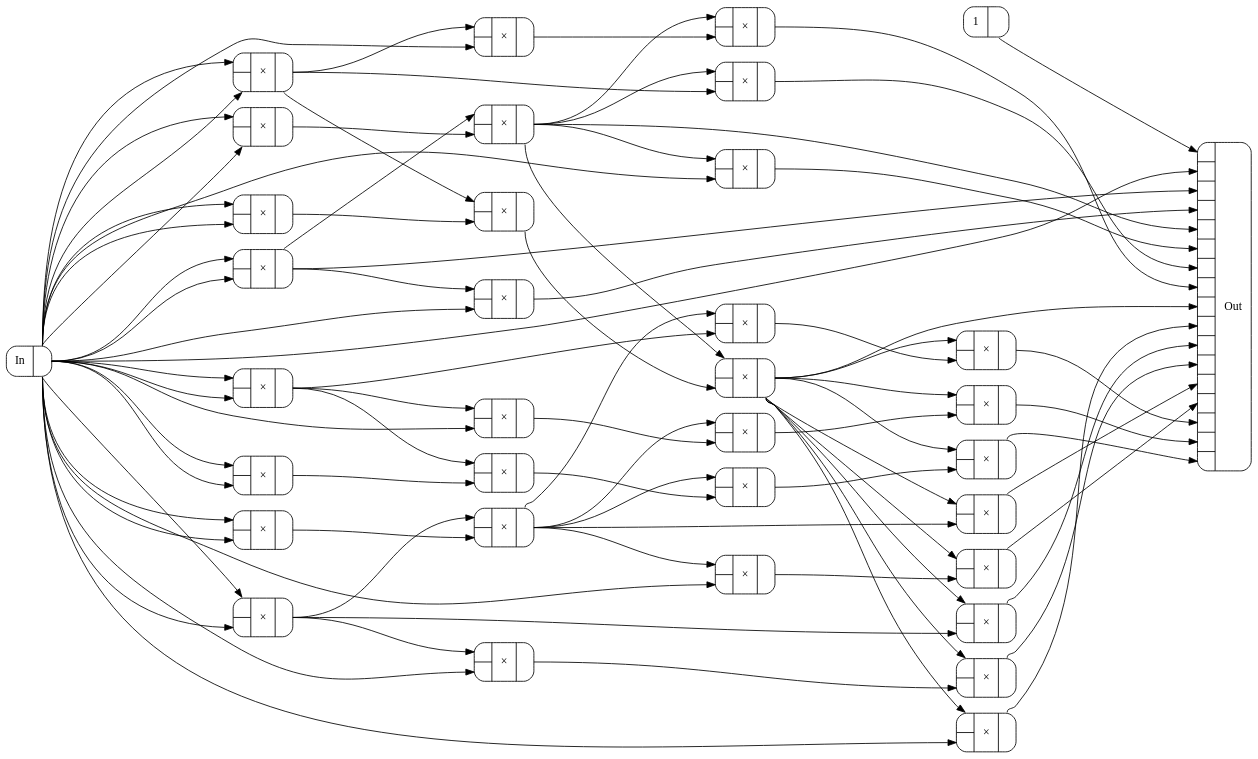
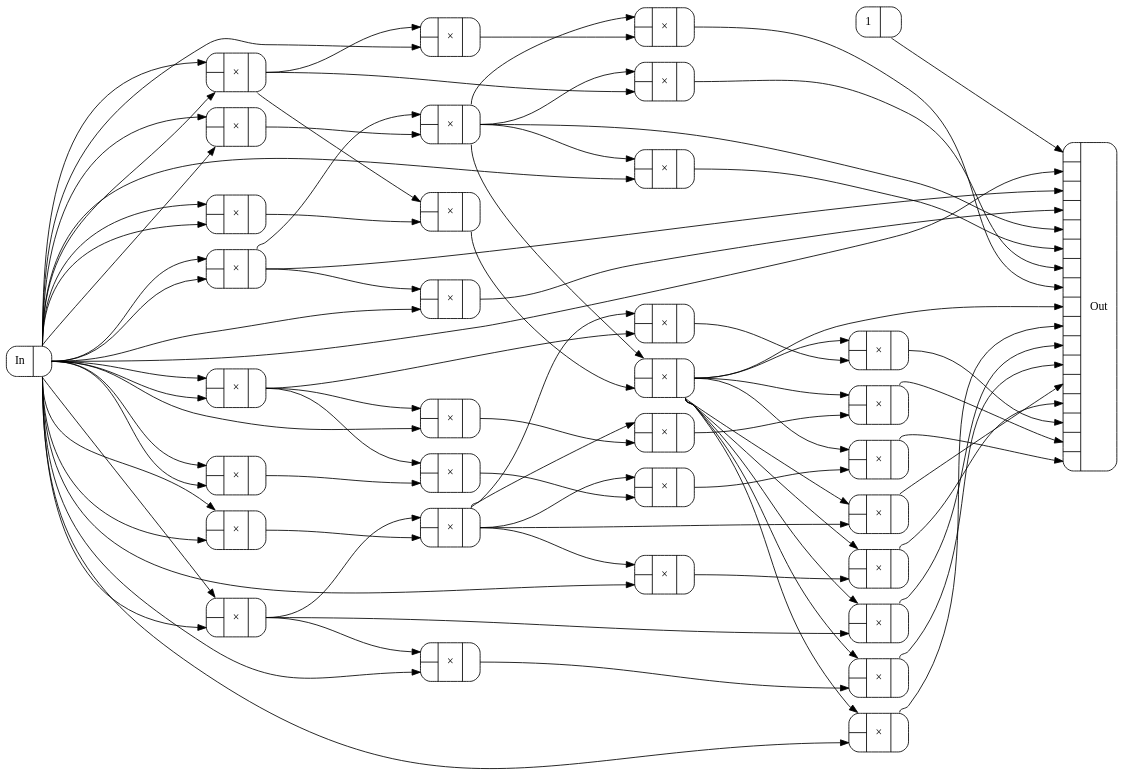
The diagram in Figures/circuits/powers-rb4-no-hash.dot (conal/talk-2016-generic-parallel-scan), drawn with Graphviz before and after one commit. The commit also changed 2 other files, not shown here.

```diff
--- a/Figures/circuits/powers-rb4-no-hash.dot
+++ b/Figures/circuits/powers-rb4-no-hash.dot
@@ -1,126 +1,126 @@
 digraph powers_rb4_no_hash {
   margin=0;
   rankdir=LR;
   node [shape=Mrecord];
   bgcolor=transparent;
   nslimit=20;
-  ranksep="3.0";
+  ranksep="2.55";
   c0 [label="{{<In0>|<In1>|<In2>|<In3>|<In4>|<In5>|<In6>|<In7>|<In8>|<In9>|<In10>|<In11>|<In12>|<In13>|<In14>|<In15>|<In16>}|Out}"];
   c1 [label="{{<In0>|<In1>}|\×|{<Out0>}}"];
   c2 [label="{{<In0>|<In1>}|\×|{<Out0>}}"];
   c3 [label="{{<In0>|<In1>}|\×|{<Out0>}}"];
   c4 [label="{{<In0>|<In1>}|\×|{<Out0>}}"];
   c5 [label="{{<In0>|<In1>}|\×|{<Out0>}}"];
   c6 [label="{{<In0>|<In1>}|\×|{<Out0>}}"];
   c7 [label="{{<In0>|<In1>}|\×|{<Out0>}}"];
   c8 [label="{1|{<Out0>}}"];
   c9 [label="{{<In0>|<In1>}|\×|{<Out0>}}"];
   c11 [label="{{<In0>|<In1>}|\×|{<Out0>}}"];
   c12 [label="{{<In0>|<In1>}|\×|{<Out0>}}"];
   c13 [label="{{<In0>|<In1>}|\×|{<Out0>}}"];
   c15 [label="{{<In0>|<In1>}|\×|{<Out0>}}"];
   c17 [label="{{<In0>|<In1>}|\×|{<Out0>}}"];
   c19 [label="{{<In0>|<In1>}|\×|{<Out0>}}"];
   c22 [label="{{<In0>|<In1>}|\×|{<Out0>}}"];
   c27 [label="{{<In0>|<In1>}|\×|{<Out0>}}"];
   c31 [label="{{<In0>|<In1>}|\×|{<Out0>}}"];
   c33 [label="{{<In0>|<In1>}|\×|{<Out0>}}"];
   c36 [label="{{<In0>|<In1>}|\×|{<Out0>}}"];
   c41 [label="{{<In0>|<In1>}|\×|{<Out0>}}"];
   c45 [label="{{<In0>|<In1>}|\×|{<Out0>}}"];
   c46 [label="{{<In0>|<In1>}|\×|{<Out0>}}"];
   c47 [label="{{<In0>|<In1>}|\×|{<Out0>}}"];
   c49 [label="{{<In0>|<In1>}|\×|{<Out0>}}"];
   c51 [label="{{<In0>|<In1>}|\×|{<Out0>}}"];
   c53 [label="{{<In0>|<In1>}|\×|{<Out0>}}"];
   c56 [label="{{<In0>|<In1>}|\×|{<Out0>}}"];
   c61 [label="{{<In0>|<In1>}|\×|{<Out0>}}"];
   c65 [label="{{<In0>|<In1>}|\×|{<Out0>}}"];
   c67 [label="{{<In0>|<In1>}|\×|{<Out0>}}"];
   c70 [label="{{<In0>|<In1>}|\×|{<Out0>}}"];
   c75 [label="{{<In0>|<In1>}|\×|{<Out0>}}"];
   c79 [label="{In|{<Out0>}}"];
   c8:Out0 -> c0:In0 [];
   c79:Out0 -> c0:In1 [];
   c75:Out0 -> c0:In2 [];
   c65:Out0 -> c0:In3 [];
   c67:Out0 -> c0:In4 [];
   c47:Out0 -> c0:In5 [];
   c46:Out0 -> c0:In6 [];
   c45:Out0 -> c0:In7 [];
   c49:Out0 -> c0:In8 [];
   c7:Out0 -> c0:In9 [];
   c6:Out0 -> c0:In10 [];
   c5:Out0 -> c0:In11 [];
   c4:Out0 -> c0:In12 [];
   c3:Out0 -> c0:In13 [];
   c2:Out0 -> c0:In14 [];
   c1:Out0 -> c0:In15 [];
   c9:Out0 -> c0:In16 [];
   c49:Out0 -> c1:In0 [];
   c11:Out0 -> c1:In1 [];
   c49:Out0 -> c2:In0 [];
   c12:Out0 -> c2:In1 [];
   c49:Out0 -> c3:In0 [];
   c13:Out0 -> c3:In1 [];
   c49:Out0 -> c4:In0 [];
   c33:Out0 -> c4:In1 [];
   c49:Out0 -> c5:In0 [];
   c31:Out0 -> c5:In1 [];
   c49:Out0 -> c6:In0 [];
   c41:Out0 -> c6:In1 [];
   c49:Out0 -> c7:In0 [];
   c79:Out0 -> c7:In1 [];
   c49:Out0 -> c9:In0 [];
   c15:Out0 -> c9:In1 [];
   c33:Out0 -> c11:In0 [];
   c17:Out0 -> c11:In1 [];
   c33:Out0 -> c12:In0 [];
   c27:Out0 -> c12:In1 [];
   c33:Out0 -> c13:In0 [];
   c79:Out0 -> c13:In1 [];
   c33:Out0 -> c15:In0 [];
   c19:Out0 -> c15:In1 [];
   c27:Out0 -> c17:In0 [];
   c79:Out0 -> c17:In1 [];
   c27:Out0 -> c19:In0 [];
   c22:Out0 -> c19:In1 [];
   c79:Out0 -> c22:In0 [];
   c79:Out0 -> c22:In1 [];
   c79:Out0 -> c27:In0 [];
   c79:Out0 -> c27:In1 [];
   c41:Out0 -> c31:In0 [];
   c79:Out0 -> c31:In1 [];
   c41:Out0 -> c33:In0 [];
   c36:Out0 -> c33:In1 [];
   c79:Out0 -> c36:In0 [];
   c79:Out0 -> c36:In1 [];
   c79:Out0 -> c41:In0 [];
   c79:Out0 -> c41:In1 [];
   c67:Out0 -> c45:In0 [];
   c51:Out0 -> c45:In1 [];
   c67:Out0 -> c46:In0 [];
   c61:Out0 -> c46:In1 [];
   c67:Out0 -> c47:In0 [];
   c79:Out0 -> c47:In1 [];
   c67:Out0 -> c49:In0 [];
   c53:Out0 -> c49:In1 [];
   c61:Out0 -> c51:In0 [];
   c79:Out0 -> c51:In1 [];
   c61:Out0 -> c53:In0 [];
   c56:Out0 -> c53:In1 [];
   c79:Out0 -> c56:In0 [];
   c79:Out0 -> c56:In1 [];
   c79:Out0 -> c61:In0 [];
   c79:Out0 -> c61:In1 [];
   c75:Out0 -> c65:In0 [];
   c79:Out0 -> c65:In1 [];
   c75:Out0 -> c67:In0 [];
   c70:Out0 -> c67:In1 [];
   c79:Out0 -> c70:In0 [];
   c79:Out0 -> c70:In1 [];
   c79:Out0 -> c75:In0 [];
   c79:Out0 -> c75:In1 [];
 }
 
 // powers-rb4-no-hash components: 1 1, 32 ×, 33 total. Max depth: 4.
```
